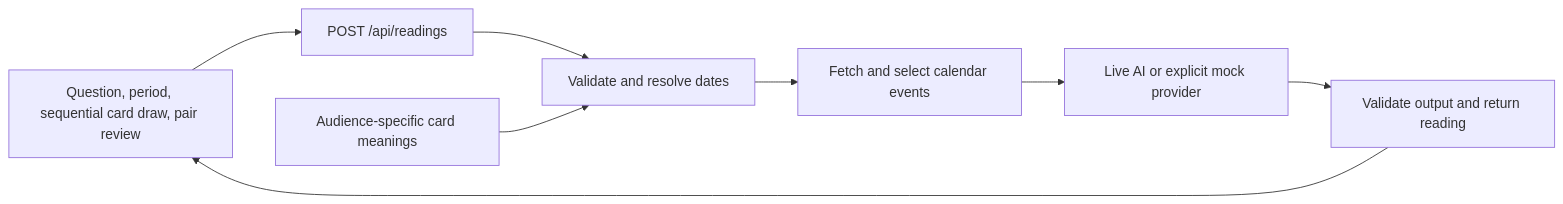
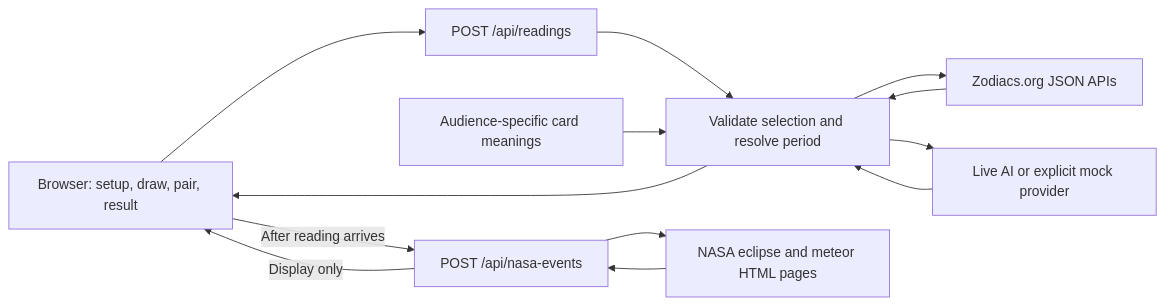
One commit to dariasolomina-oss/Hackathon-Malina-oct changed the diagram in docs/architecture.md. Above: the diagram before and after it, drawn with Mermaid. The commit also changed other lines of this file and 6 other files, not shown here.

Commit message:
Align documentation with current architecture and reading flow

````diff
--- a/docs/architecture.md
+++ b/docs/architecture.md
@@ -7,10 +7,15 @@
 ```mermaid
 flowchart LR
-  UI[Question, period, sequential card draw, pair review] --> API[POST /api/readings]
-  API --> Service[Validate and resolve dates]
+  UI[Browser: setup, draw, pair, result] --> API[POST /api/readings]
+  API --> Service[Validate selection and resolve period]
   Cards[Audience-specific card meanings] --> Service
-  Service --> Calendar[Fetch and select calendar events]
-  Calendar --> Oracle[Live AI or explicit mock provider]
-  Oracle --> Result[Validate output and return reading]
-  Result --> UI
+  Service --> Calendar[Zodiacs.org JSON APIs]
+  Calendar --> Service
+  Service --> Oracle[Live AI or explicit mock provider]
+  Oracle --> Service
+  Service --> UI
+  UI -->|After reading arrives| NASA[POST /api/nasa-events]
+  NASA --> Pages[NASA eclipse and meteor HTML pages]
+  Pages --> NASA
+  NASA -->|Display only| UI
 ```
````
